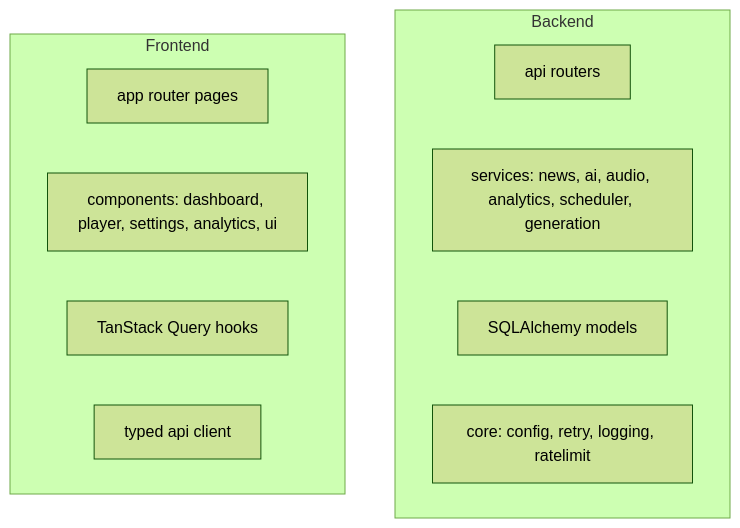
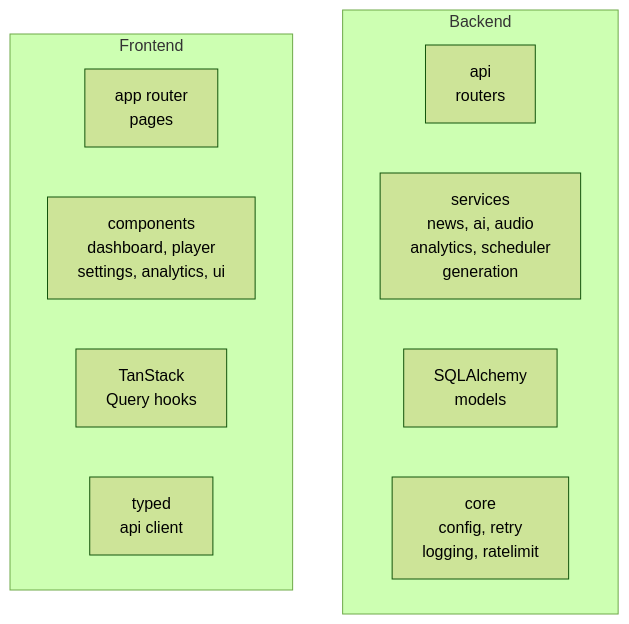
The second of 2 diagrams in README.md (Miles762/-Hardik-personal-podcast-generator), drawn with Mermaid (forest theme) before and after one commit. The commit also changed other lines of this file and 1 other file, not shown here.

Commit message:
Wrap Mermaid diagram labels onto multiple lines so text is not clipped

````diff
--- a/README.md
+++ b/README.md
@@ -126,15 +126,15 @@
 ```mermaid
 flowchart TB
   subgraph Backend
-    api["api routers"]
-    services["services: news, ai, audio, analytics, scheduler, generation"]
-    models["SQLAlchemy models"]
-    core["core: config, retry, logging, ratelimit"]
+    api["api<br/>routers"]
+    services["services<br/>news, ai, audio<br/>analytics, scheduler<br/>generation"]
+    models["SQLAlchemy<br/>models"]
+    core["core<br/>config, retry<br/>logging, ratelimit"]
   end
   subgraph Frontend
-    app["app router pages"]
-    comp["components: dashboard, player, settings, analytics, ui"]
-    hooks["TanStack Query hooks"]
-    lib["typed api client"]
+    app["app router<br/>pages"]
+    comp["components<br/>dashboard, player<br/>settings, analytics, ui"]
+    hooks["TanStack<br/>Query hooks"]
+    lib["typed<br/>api client"]
   end
 ```
````
